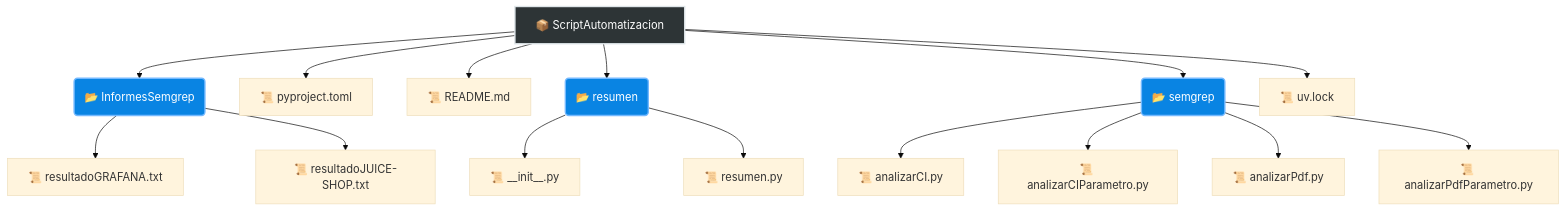
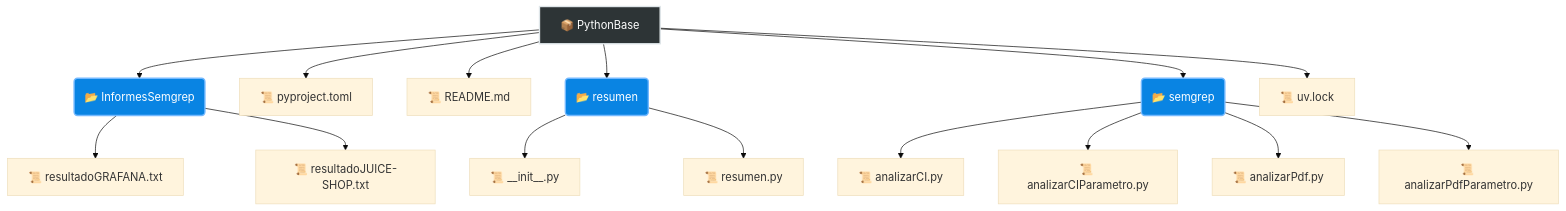
Before and after one commit to FedericoNagual/pythonBase: the diagram in README.md, drawn with Mermaid (base theme). The commit also changed other lines of this file, not shown here.

Commit message:
add: se agregan los ejemplos y cambios en los diagramas con los nombres

````diff
--- a/README.md
+++ b/README.md
@@ -61,26 +61,26 @@
 ```mermaid
 graph TD
-    A[📦 ScriptAutomatizacion] --> B(📂 InformesSemgrep)
+    A[📦 PythonBase] --> B(📂 InformesSemgrep)
     A --> E[📜 pyproject.toml]
     A --> F[📜 README.md]
     A --> G(📂 resumen)
     A --> J(📂 semgrep)
     A --> O[📜 uv.lock]
 
     B --> C[📜 resultadoGRAFANA.txt]
     B --> D[📜 resultadoJUICE-SHOP.txt]
 
     G --> H[📜 __init__.py]
     G --> I[📜 resumen.py]
 
     J --> K[📜 analizarCI.py]
     J --> L[📜 analizarCIParametro.py]
     J --> M[📜 analizarPdf.py]
     J --> N[📜 analizarPdfParametro.py]
     
     %% Estilos opcionales para diferenciar carpetas de archivos
     style A fill:#2d3436,stroke:#dfe6e9,stroke-width:2px,color:#fff
     style B fill:#0984e3,stroke:#74b9ff,stroke-width:2px,color:#fff
     style G fill:#0984e3,stroke:#74b9ff,stroke-width:2px,color:#fff
     style J fill:#0984e3,stroke:#74b9ff,stroke-width:2px,color:#fff
 ```
````
